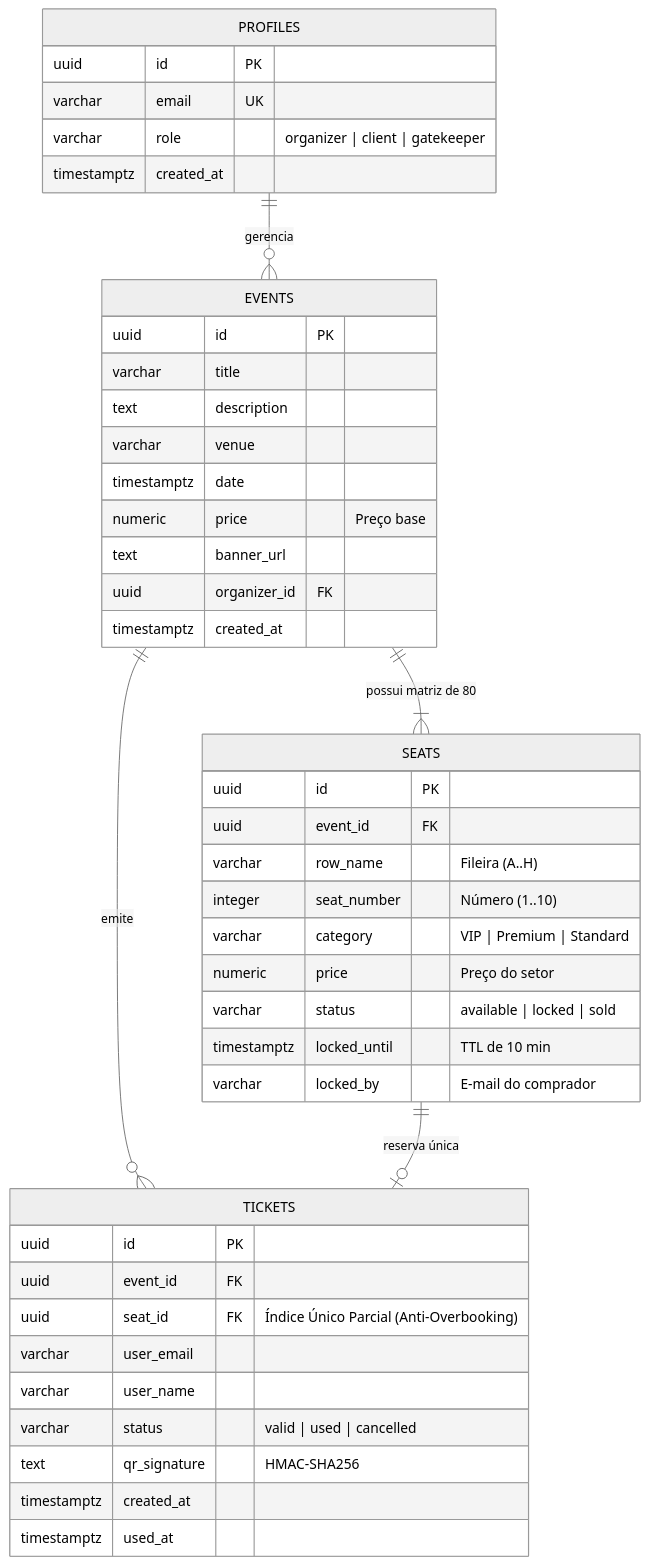
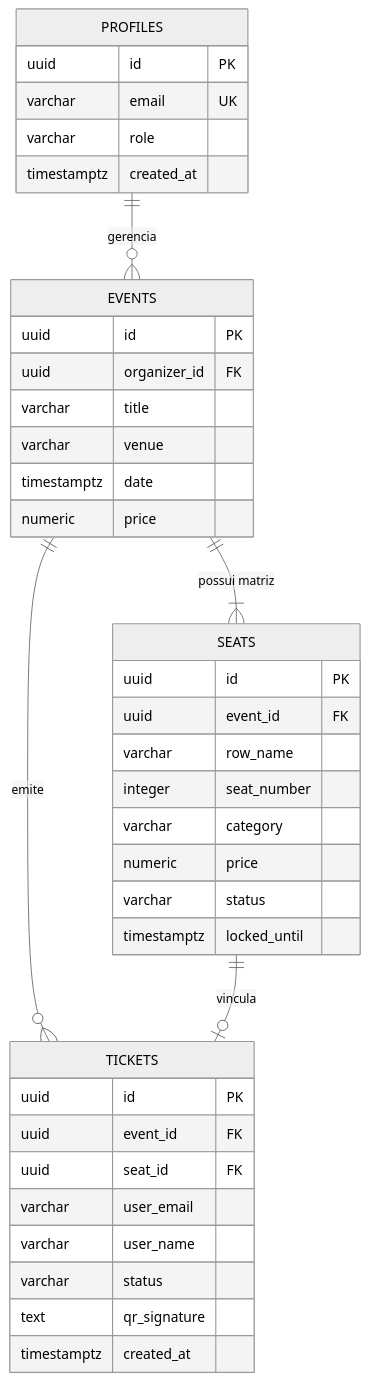
Before and after one commit to RafalauriSantos/desafio-elite-dev: the diagram in README.md, drawn with Mermaid (neutral theme).

Commit message:
docs: refine ERD diagram with clean relational schema notation

````diff
--- a/README.md
+++ b/README.md
@@ -54,50 +54,45 @@
 ```mermaid
 erDiagram
+    PROFILES ||--o{ EVENTS : "gerencia"
+    EVENTS ||--|{ SEATS : "possui matriz"
+    EVENTS ||--o{ TICKETS : "emite"
+    SEATS ||--o| TICKETS : "vincula"
+
     PROFILES {
         uuid id PK
         varchar email UK
-        varchar role "organizer | client | gatekeeper"
+        varchar role
         timestamptz created_at
     }
 
     EVENTS {
         uuid id PK
+        uuid organizer_id FK
         varchar title
-        text description
         varchar venue
         timestamptz date
-        numeric price "Preço base"
-        text banner_url
-        uuid organizer_id FK
-        timestamptz created_at
+        numeric price
     }
 
     SEATS {
         uuid id PK
         uuid event_id FK
-        varchar row_name "Fileira (A..H)"
-        integer seat_number "Número (1..10)"
-        varchar category "VIP | Premium | Standard"
-        numeric price "Preço do setor"
-        varchar status "available | locked | sold"
-        timestamptz locked_until "TTL de 10 min"
-        varchar locked_by "E-mail do comprador"
+        varchar row_name
+        integer seat_number
+        varchar category
+        numeric price
+        varchar status
+        timestamptz locked_until
     }
 
     TICKETS {
         uuid id PK
         uuid event_id FK
-        uuid seat_id FK "Índice Único Parcial (Anti-Overbooking)"
+        uuid seat_id FK
         varchar user_email
         varchar user_name
-        varchar status "valid | used | cancelled"
-        text qr_signature "HMAC-SHA256"
+        varchar status
+        text qr_signature
         timestamptz created_at
-        timestamptz used_at
     }
-
-    PROFILES ||--o{ EVENTS : "gerencia"
-    EVENTS ||--|{ SEATS : "possui matriz de 80"
-    EVENTS ||--o{ TICKETS : "emite"
-    SEATS ||--o| TICKETS : "reserva única"
 ```
````
